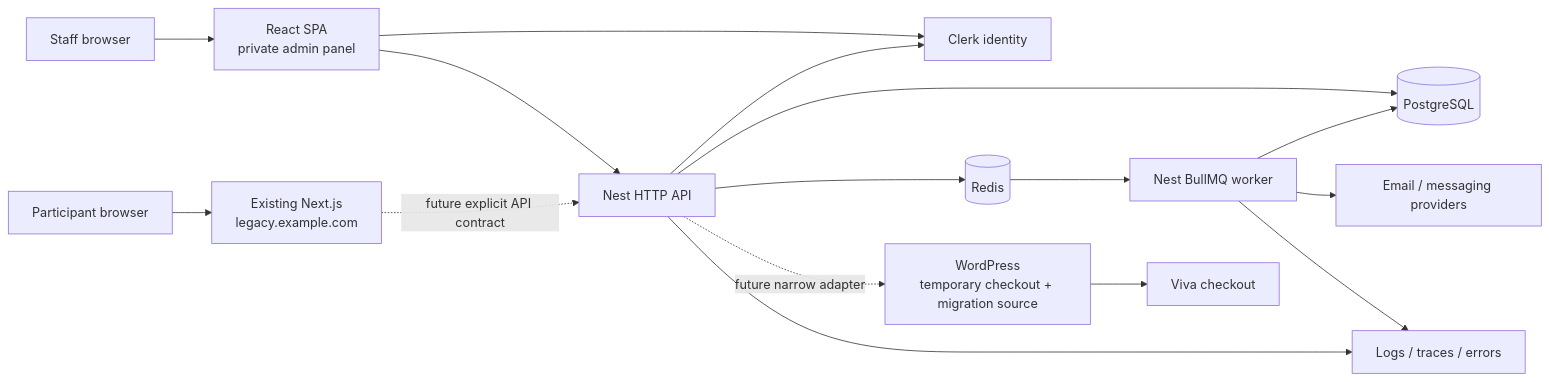
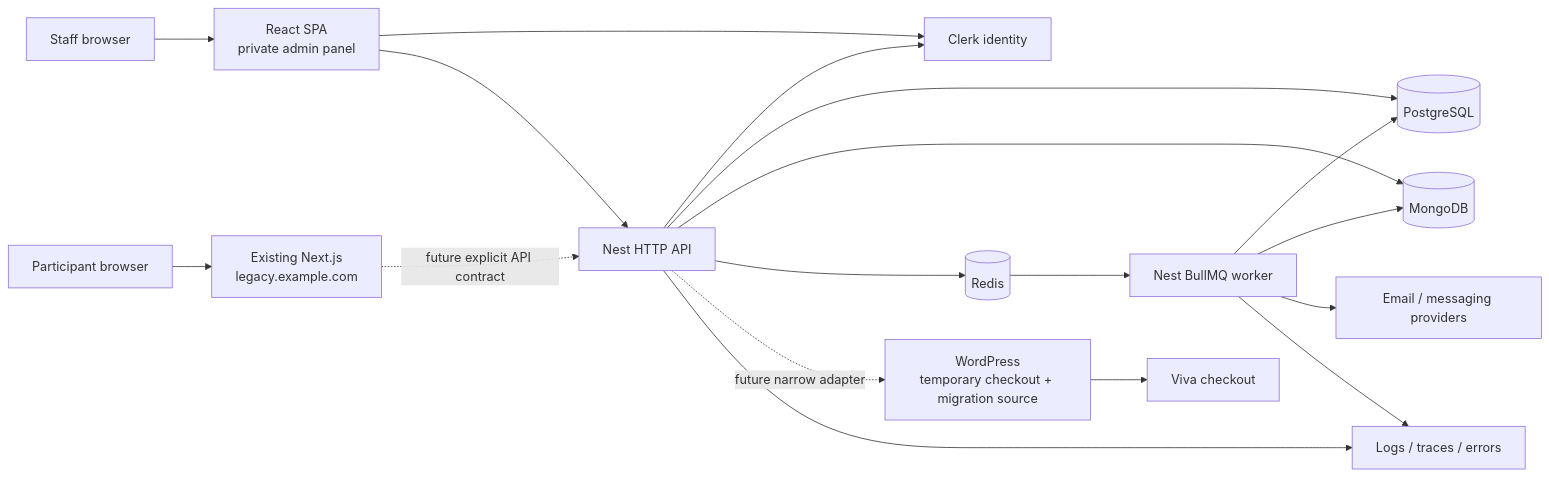
One commit to johnakisk0700/slopform changed the diagram in docs/architecture.md. Above: the diagram before and after it, drawn with Mermaid. The commit also changed other lines of this file and 68 other files, not shown here.

````diff
--- a/docs/architecture.md
+++ b/docs/architecture.md
@@ -15,18 +17,20 @@
 ```mermaid
 flowchart LR
   Staff["Staff browser"] --> Web["React SPA\nprivate admin panel"]
   Web --> Clerk["Clerk identity"]
   Web --> API["Nest HTTP API"]
   API --> Clerk
   API --> DB[(PostgreSQL)]
+  API --> Mongo[(MongoDB)]
   API --> Redis[(Redis)]
   Redis --> Worker["Nest BullMQ worker"]
   Worker --> DB
+  Worker --> Mongo
   Worker --> Providers["Email / messaging providers"]
   API -. "future narrow adapter" .-> WP["WordPress\ntemporary checkout + migration source"]
   WP --> Viva["Viva checkout"]
   Participant["Participant browser"] --> Public["Existing Next.js\nlegacy.example.com"]
   Public -. "future explicit API contract" .-> API
   API --> Obs["Logs / traces / errors"]
   Worker --> Obs
 ```
````
